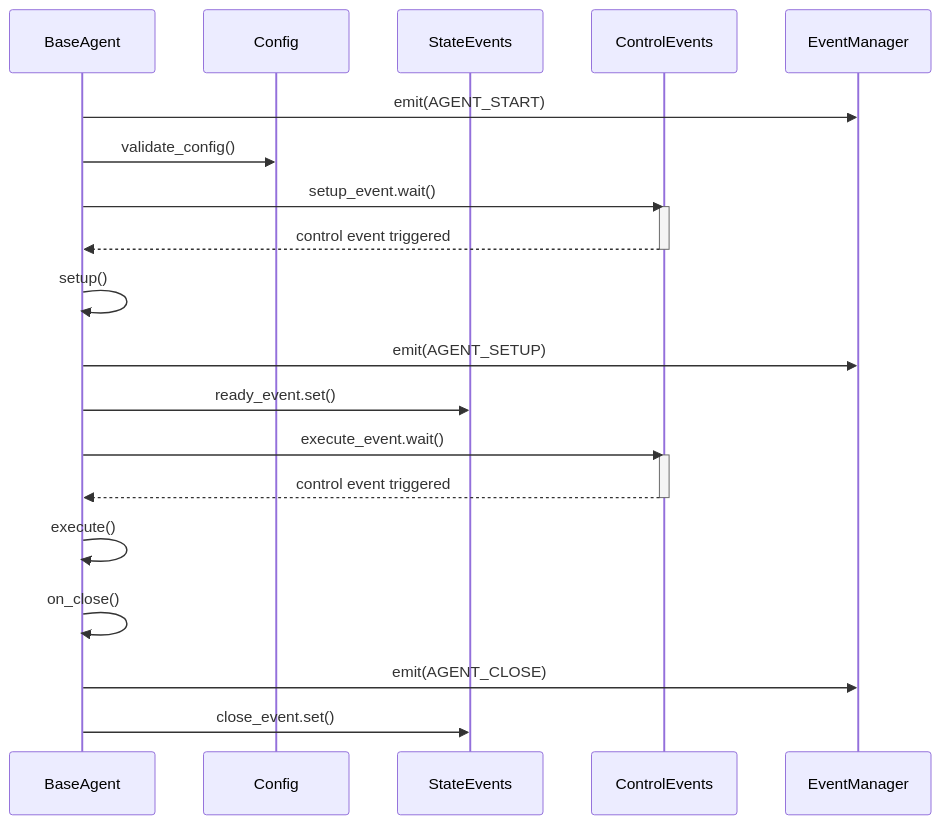
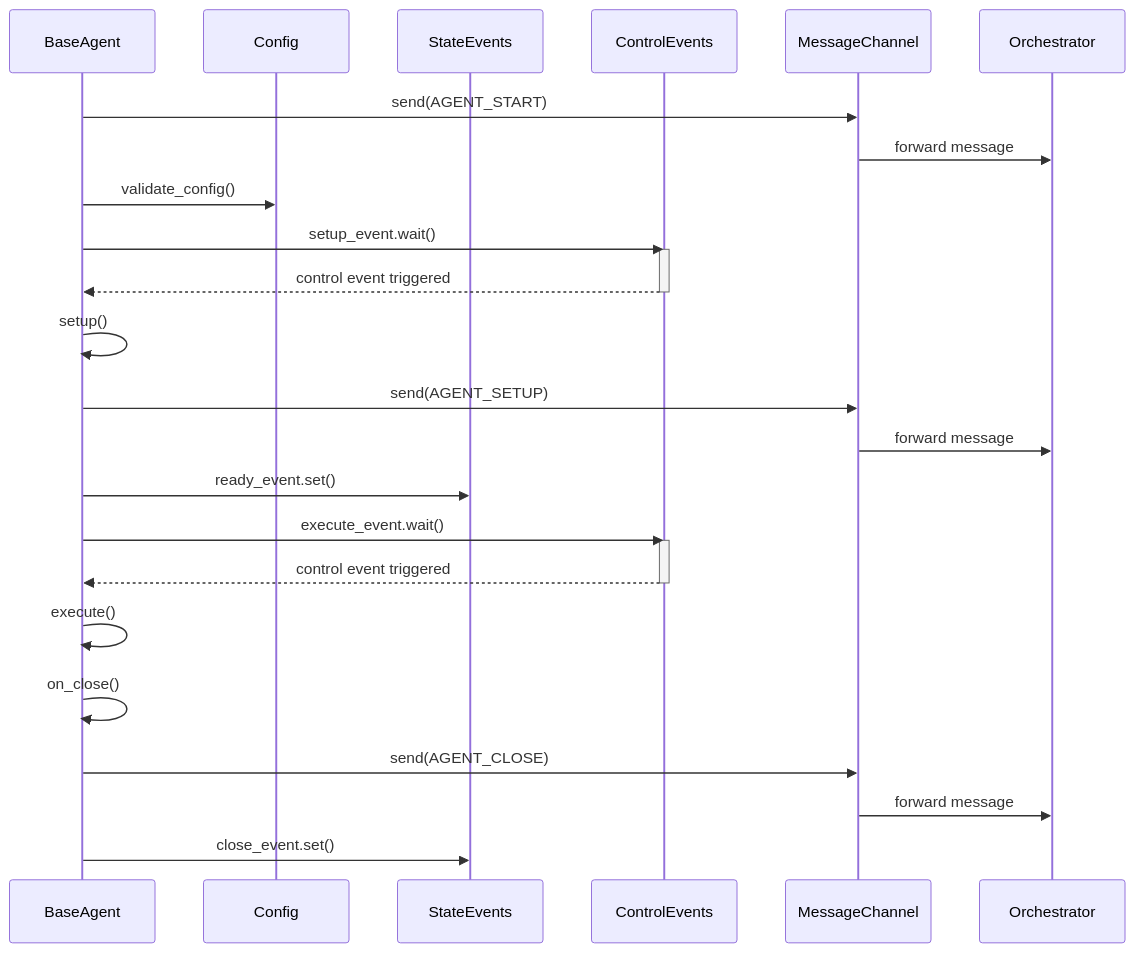
The second of 2 diagrams in docs/learn/agents/built-in-agents/baseagent.md (giulio333/PyOrchestrateDocumentation), drawn with Mermaid before and after one commit. The commit also changed 4 other files, not shown here.

First line of the commit message:
Refactor event handling architecture to utilize MessageChannel

````diff
--- a/docs/learn/agents/built-in-agents/baseagent.md
+++ b/docs/learn/agents/built-in-agents/baseagent.md
@@ -72,26 +72,30 @@
 ```mermaid
 sequenceDiagram
     participant Agent as BaseAgent
     participant Config as Config
     participant StateEvents as StateEvents
     participant ControlEvents as ControlEvents
-    participant EventManager as EventManager
+    participant MessageChannel as MessageChannel
+    participant Orchestrator as Orchestrator
 
-    Agent->>EventManager: emit(AGENT_START)
+    Agent->>MessageChannel: send(AGENT_START)
+    MessageChannel->>Orchestrator: forward message
     Agent->>Config: validate_config()
     Agent->>ControlEvents: setup_event.wait()
     activate ControlEvents
     ControlEvents-->>Agent: control event triggered
     deactivate ControlEvents
     Agent->>Agent: setup()
-    Agent->>EventManager: emit(AGENT_SETUP)
+    Agent->>MessageChannel: send(AGENT_SETUP)
+    MessageChannel->>Orchestrator: forward message
     Agent->>StateEvents: ready_event.set()
     Agent->>ControlEvents: execute_event.wait()
     activate ControlEvents
     ControlEvents-->>Agent: control event triggered
     deactivate ControlEvents
     Agent->>Agent: execute()
     Agent->>Agent: on_close()
-    Agent->>EventManager: emit(AGENT_CLOSE)
+    Agent->>MessageChannel: send(AGENT_CLOSE)
+    MessageChannel->>Orchestrator: forward message
     Agent->>StateEvents: close_event.set()
 ```
````
